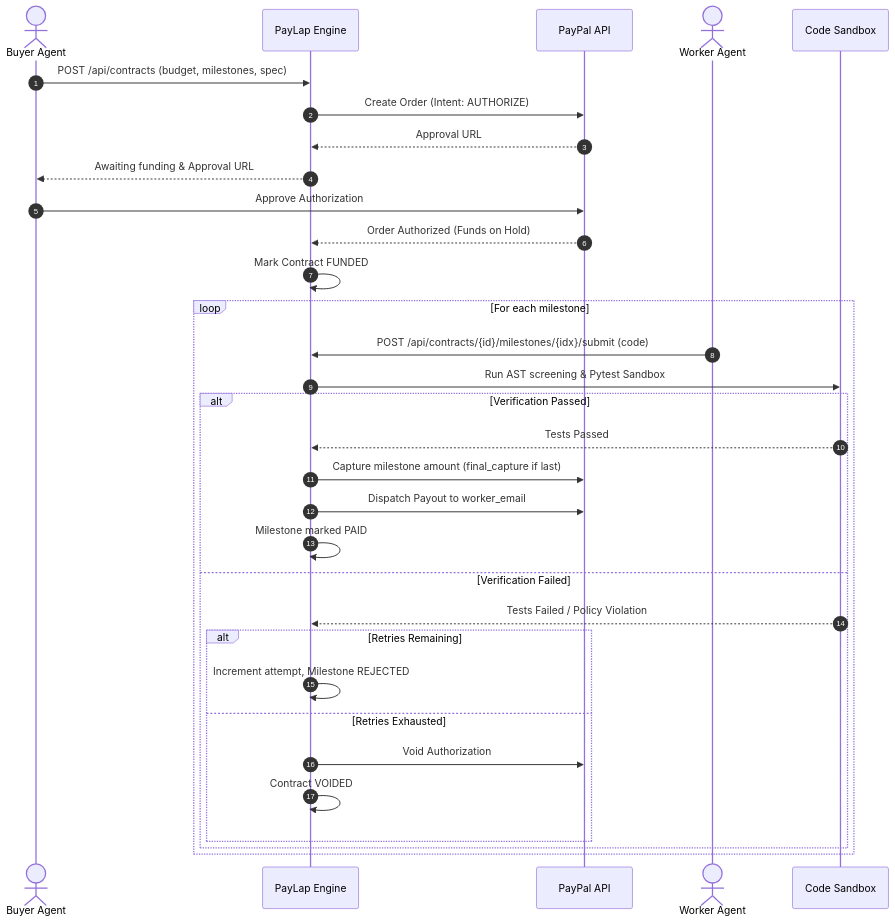
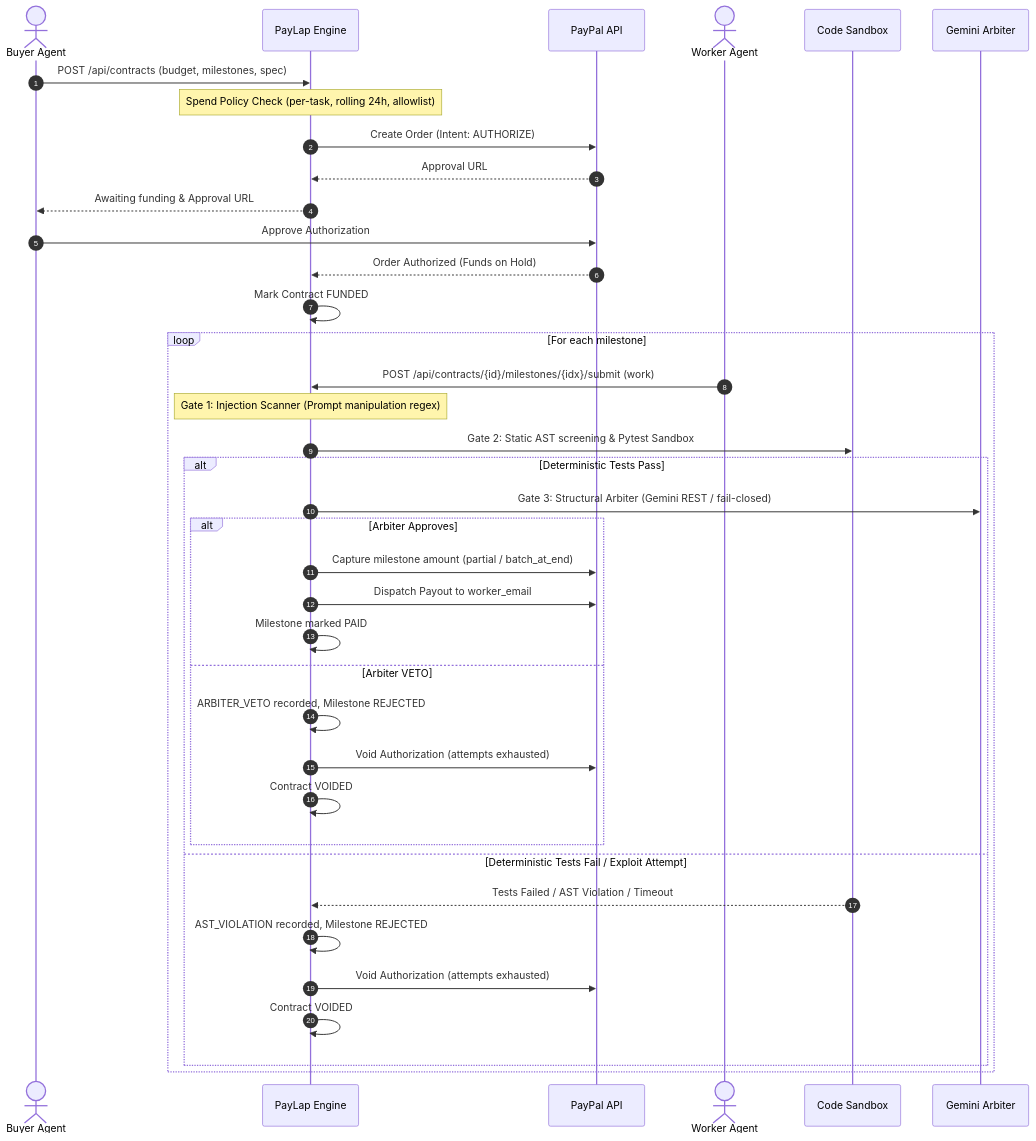
The diagram in README.md (jeevapriyan10/paylap), drawn with Mermaid before and after one commit. The commit also changed other lines of this file and 1 other file, not shown here.

````diff
--- a/README.md
+++ b/README.md
@@ -7,36 +7,42 @@
 ```mermaid
 sequenceDiagram
     autonumber
     actor Buyer as Buyer Agent
     participant PL as PayLap Engine
     participant PP as PayPal API
     actor Worker as Worker Agent
     participant SB as Code Sandbox
+    participant AR as Gemini Arbiter
 
     Buyer->>PL: POST /api/contracts (budget, milestones, spec)
+    Note over PL: Spend Policy Check (per-task, rolling 24h, allowlist)
     PL->>PP: Create Order (Intent: AUTHORIZE)
     PP-->>PL: Approval URL
     PL-->>Buyer: Awaiting funding & Approval URL
     Buyer->>PP: Approve Authorization
     PP-->>PL: Order Authorized (Funds on Hold)
     PL->>PL: Mark Contract FUNDED
 
     loop For each milestone
-        Worker->>PL: POST /api/contracts/{id}/milestones/{idx}/submit (code)
-        PL->>SB: Run AST screening & Pytest Sandbox
-        alt Verification Passed
-            SB-->>PL: Tests Passed
-            PL->>PP: Capture milestone amount (final_capture if last)
-            PL->>PP: Dispatch Payout to worker_email
-            PL->>PL: Milestone marked PAID
-        else Verification Failed
-            SB-->>PL: Tests Failed / Policy Violation
-            alt Retries Remaining
-                PL->>PL: Increment attempt, Milestone REJECTED
-            else Retries Exhausted
-                PL->>PP: Void Authorization
+        Worker->>PL: POST /api/contracts/{id}/milestones/{idx}/submit (work)
+        Note over PL: Gate 1: Injection Scanner (Prompt manipulation regex)
+        PL->>SB: Gate 2: Static AST screening & Pytest Sandbox
+        alt Deterministic Tests Pass
+            PL->>AR: Gate 3: Structural Arbiter (Gemini REST / fail-closed)
+            alt Arbiter Approves
+                PL->>PP: Capture milestone amount (partial / batch_at_end)
+                PL->>PP: Dispatch Payout to worker_email
+                PL->>PL: Milestone marked PAID
+            else Arbiter VETO
+                PL->>PL: ARBITER_VETO recorded, Milestone REJECTED
+                PL->>PP: Void Authorization (attempts exhausted)
                 PL->>PL: Contract VOIDED
             end
+        else Deterministic Tests Fail / Exploit Attempt
+            SB-->>PL: Tests Failed / AST Violation / Timeout
+            PL->>PL: AST_VIOLATION recorded, Milestone REJECTED
+            PL->>PP: Void Authorization (attempts exhausted)
+            PL->>PL: Contract VOIDED
         end
     end
 ```
````
